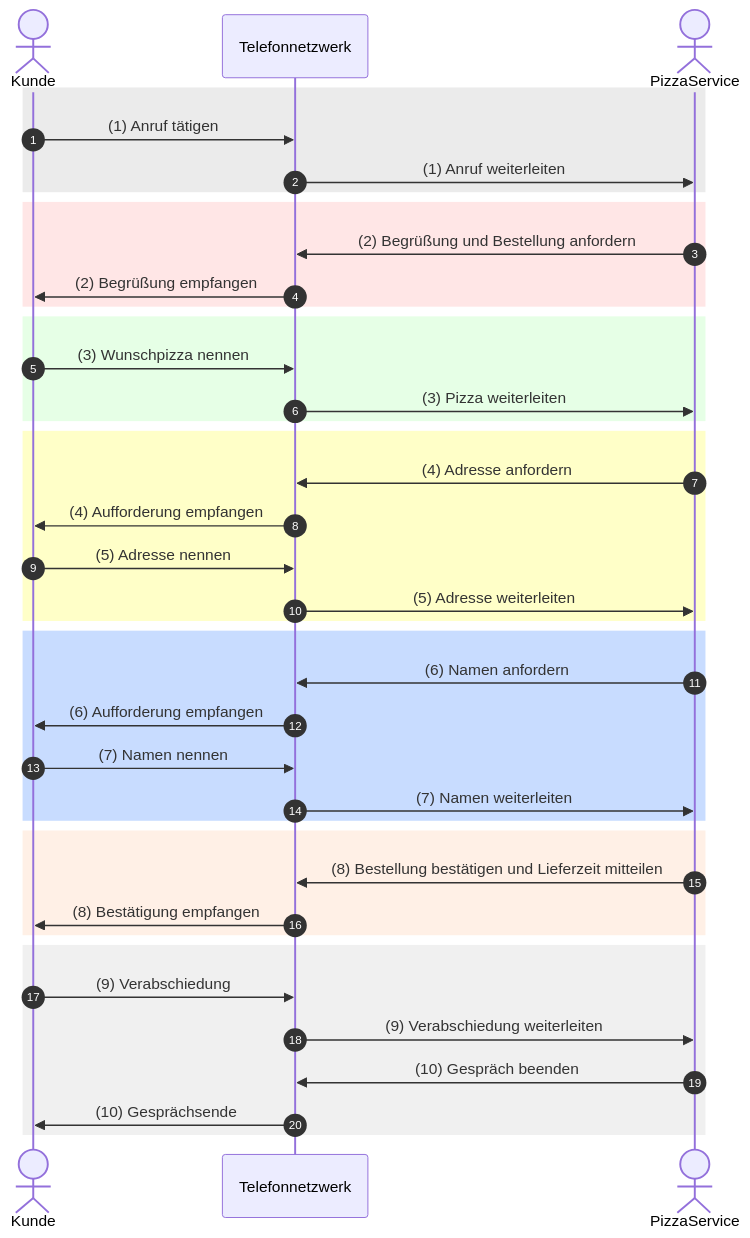
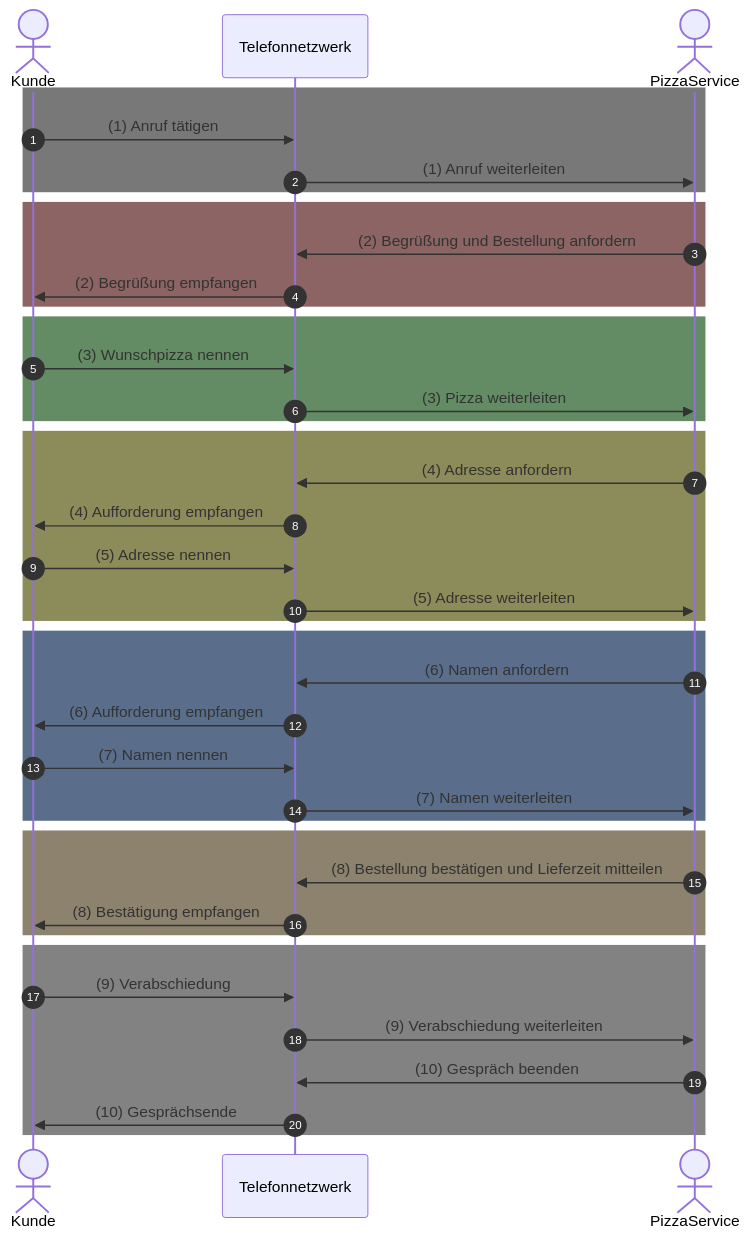
The second of 6 diagrams in content/4.Semester/Informatik/RNVS/RNVS-Übungblätter/ÜB 02/RNVS-Blatt-02.md (noluyorAbi/quartzDeployment), drawn with Mermaid before and after one commit. The commit also changed 2 other files, not shown here.

Commit message:
Quartz sync: May 8, 2024, 6:51 PM

````diff
--- a/content/4.Semester/Informatik/RNVS/RNVS-Übungblätter/ÜB 02/RNVS-Blatt-02.md
+++ b/content/4.Semester/Informatik/RNVS/RNVS-Übungblätter/ÜB 02/RNVS-Blatt-02.md
@@ -51,49 +51,49 @@
 ```mermaid
 sequenceDiagram
-	autonumber
+    autonumber
     Actor Kunde
     participant Telefonnetzwerk
     Actor PizzaService
 
-    rect rgb(235, 235, 235)
+    rect rgb(120, 120, 120)
     Kunde->>Telefonnetzwerk: (1) Anruf tätigen
     Telefonnetzwerk->>PizzaService: (1) Anruf weiterleiten
     end
 
-    rect rgb(255, 230, 230)
+    rect rgb(140, 100, 100)
     PizzaService->>Telefonnetzwerk: (2) Begrüßung und Bestellung anfordern
     Telefonnetzwerk->>Kunde: (2) Begrüßung empfangen
     end
 
-    rect rgb(230, 255, 230)
+    rect rgb(100, 140, 100)
     Kunde->>Telefonnetzwerk: (3) Wunschpizza nennen
     Telefonnetzwerk->>PizzaService: (3) Pizza weiterleiten
     end
 
-    rect rgb(255, 255, 200)
+    rect rgb(140, 140, 90)
     PizzaService->>Telefonnetzwerk: (4) Adresse anfordern
     Telefonnetzwerk->>Kunde: (4) Aufforderung empfangen
     Kunde->>Telefonnetzwerk: (5) Adresse nennen
     Telefonnetzwerk->>PizzaService: (5) Adresse weiterleiten
     end
 
-    rect rgb(200, 220, 255)
+    rect rgb(90, 110, 140)
     PizzaService->>Telefonnetzwerk: (6) Namen anfordern
     Telefonnetzwerk->>Kunde: (6) Aufforderung empfangen
     Kunde->>Telefonnetzwerk: (7) Namen nennen
     Telefonnetzwerk->>PizzaService: (7) Namen weiterleiten
     end
 
-    rect rgb(255, 240, 230)
+    rect rgb(140, 130, 110)
     PizzaService->>Telefonnetzwerk: (8) Bestellung bestätigen und Lieferzeit mitteilen
     Telefonnetzwerk->>Kunde: (8) Bestätigung empfangen
     end
 
-    rect rgb(240, 240, 240)
+    rect rgb(130, 130, 130)
     Kunde->>Telefonnetzwerk: (9) Verabschiedung
     Telefonnetzwerk->>PizzaService: (9) Verabschiedung weiterleiten
     PizzaService->>Telefonnetzwerk: (10) Gespräch beenden
     Telefonnetzwerk->>Kunde: (10) Gesprächsende
     end
 
 ```
````
